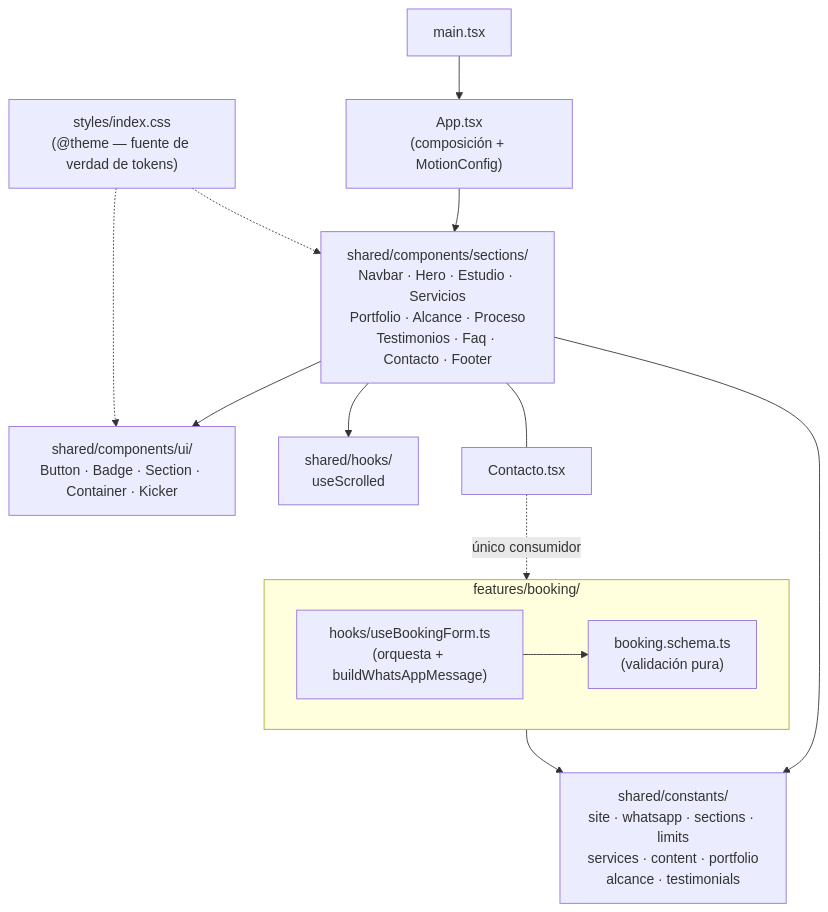
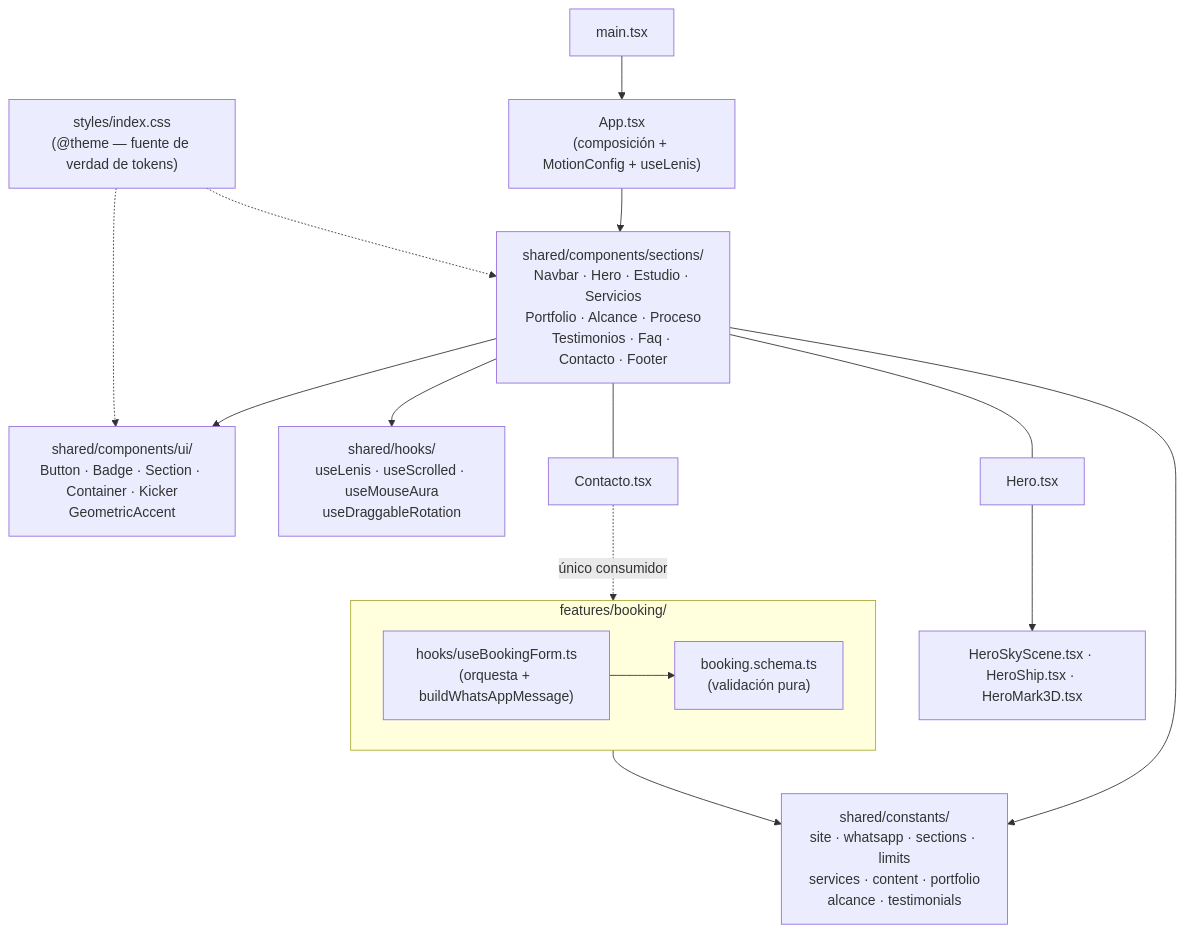
Before and after one commit to Ragnarsss/alienskilez-web: the first of 2 diagrams in docs/architecture.md, drawn with Mermaid. The commit also changed other lines of this file and 21 other files, not shown here.

````diff
--- a/docs/architecture.md
+++ b/docs/architecture.md
@@ -44,23 +44,26 @@
 ```mermaid
 flowchart TD
-  Main["main.tsx"] --> App["App.tsx<br/>(composición + MotionConfig)"]
+  Main["main.tsx"] --> App["App.tsx<br/>(composición + MotionConfig + useLenis)"]
 
   App --> Sections["shared/components/sections/<br/>Navbar · Hero · Estudio · Servicios<br/>Portfolio · Alcance · Proceso<br/>Testimonios · Faq · Contacto · Footer"]
 
-  Sections --> UI["shared/components/ui/<br/>Button · Badge · Section · Container · Kicker"]
+  Sections --> UI["shared/components/ui/<br/>Button · Badge · Section · Container · Kicker<br/>GeometricAccent"]
   Sections --> Const["shared/constants/<br/>site · whatsapp · sections · limits<br/>services · content · portfolio<br/>alcance · testimonials"]
-  Sections --> Hooks["shared/hooks/<br/>useScrolled"]
+  Sections --> Hooks["shared/hooks/<br/>useLenis · useScrolled · useMouseAura<br/>useDraggableRotation"]
+
+  Hero["Hero.tsx"] --> HeroDecor["HeroSkyScene.tsx · HeroShip.tsx · HeroMark3D.tsx"]
+  Sections --- Hero
 
   Contacto["Contacto.tsx"] -.->|"único consumidor"| Booking
   Sections --- Contacto
 
   subgraph Booking["features/booking/"]
     Schema["booking.schema.ts<br/>(validación pura)"]
     Hook["hooks/useBookingForm.ts<br/>(orquesta + buildWhatsAppMessage)"]
     Hook --> Schema
   end
 
   Booking --> Const
   Styles["styles/index.css<br/>(@theme — fuente de verdad de tokens)"] -.-> UI
   Styles -.-> Sections
 ```
````
